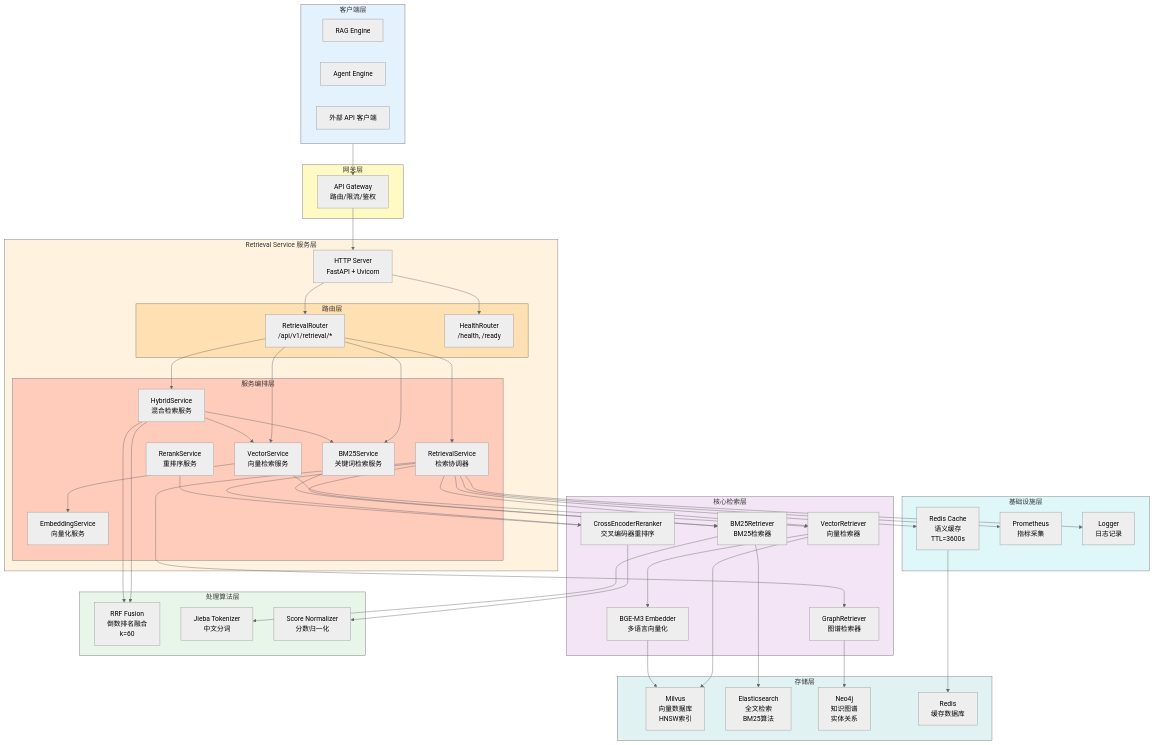
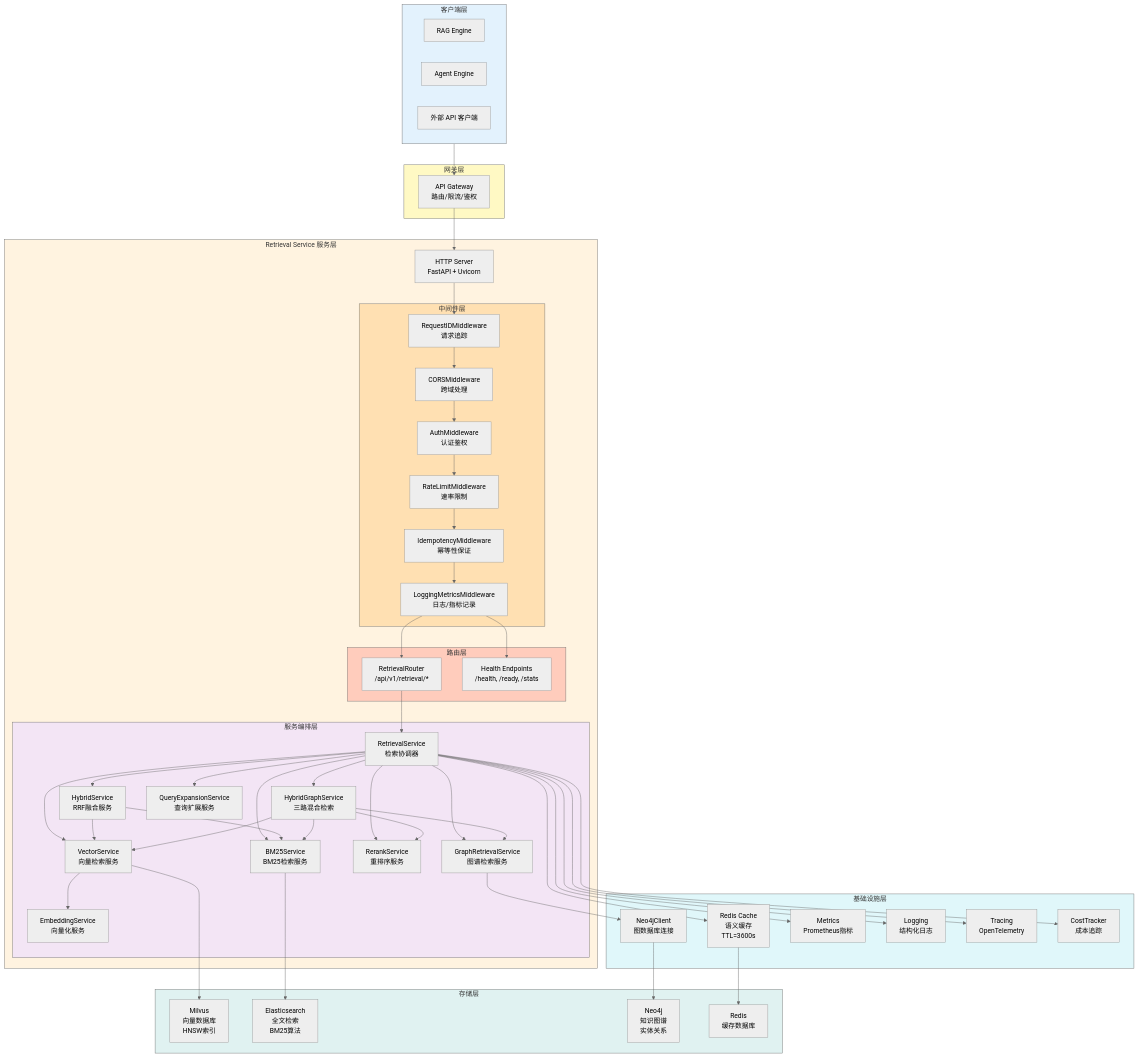
The first of 9 diagrams in docs/VoiceHelper-13-Retrieval-Service.md (haoyunlt/VoiceAssistant), drawn with Mermaid (neutral theme) before and after one commit. The commit also changed other lines of this file and 162 other files, not shown here.

````diff
--- a/docs/VoiceHelper-13-Retrieval-Service.md
+++ b/docs/VoiceHelper-13-Retrieval-Service.md
@@ -67,39 +67,40 @@
     subgraph RetrievalSvc["Retrieval Service 服务层"]
         HTTPServer["HTTP Server<br/>FastAPI + Uvicorn"]
 
+        subgraph Middleware["中间件层"]
+            RequestID["RequestIDMiddleware<br/>请求追踪"]
+            CORS["CORSMiddleware<br/>跨域处理"]
+            Auth["AuthMiddleware<br/>认证鉴权"]
+            RateLimit["RateLimitMiddleware<br/>速率限制"]
+            Idempotency["IdempotencyMiddleware<br/>幂等性保证"]
+            LogMetrics["LoggingMetricsMiddleware<br/>日志/指标记录"]
+        end
+
         subgraph Routers["路由层"]
             RetrievalRouter["RetrievalRouter<br/>/api/v1/retrieval/*"]
-            HealthRouter["HealthRouter<br/>/health, /ready"]
+            HealthRouter["Health Endpoints<br/>/health, /ready, /stats"]
         end
 
         subgraph Services["服务编排层"]
             RetrievalService["RetrievalService<br/>检索协调器"]
             VectorService["VectorService<br/>向量检索服务"]
-            BM25Service["BM25Service<br/>关键词检索服务"]
-            HybridService["HybridService<br/>混合检索服务"]
+            BM25Service["BM25Service<br/>BM25检索服务"]
+            HybridService["HybridService<br/>RRF融合服务"]
             RerankService["RerankService<br/>重排序服务"]
             EmbeddingService["EmbeddingService<br/>向量化服务"]
+            GraphService["GraphRetrievalService<br/>图谱检索服务"]
+            HybridGraphService["HybridGraphService<br/>三路混合检索"]
+            QueryExpansion["QueryExpansionService<br/>查询扩展服务"]
         end
     end
 
-    subgraph Core["核心检索层"]
-        VectorRetriever["VectorRetriever<br/>向量检索器"]
-        BM25Retriever["BM25Retriever<br/>BM25检索器"]
-        GraphRetriever["GraphRetriever<br/>图谱检索器"]
-        CrossEncoderReranker["CrossEncoderReranker<br/>交叉编码器重排序"]
-        BGE_M3_Embedder["BGE-M3 Embedder<br/>多语言向量化"]
-    end
-
-    subgraph Processing["处理算法层"]
-        RRFFusion["RRF Fusion<br/>倒数排名融合<br/>k=60"]
-        Tokenizer["Jieba Tokenizer<br/>中文分词"]
-        ScoreNormalizer["Score Normalizer<br/>分数归一化"]
-    end
-
     subgraph Infrastructure["基础设施层"]
+        Neo4jClient["Neo4jClient<br/>图数据库连接"]
         RedisCache["Redis Cache<br/>语义缓存<br/>TTL=3600s"]
-        Prometheus["Prometheus<br/>指标采集"]
-        Logger["Logger<br/>日志记录"]
+        Metrics["Metrics<br/>Prometheus指标"]
+        Logging["Logging<br/>结构化日志"]
+        Tracing["Tracing<br/>OpenTelemetry"]
+        CostTracker["CostTracker<br/>成本追踪"]
     end
 
     subgraph Storage["存储层"]
@@ -113,55 +114,58 @@
     Clients --> APIGateway
     APIGateway --> HTTPServer
 
-    %% HTTP层到路由层
-    HTTPServer --> RetrievalRouter
-    HTTPServer --> HealthRouter
+    %% HTTP层到中间件
+    HTTPServer --> RequestID
+    RequestID --> CORS
+    CORS --> Auth
+    Auth --> RateLimit
+    RateLimit --> Idempotency
+    Idempotency --> LogMetrics
 
-    %% 路由层到服务层
+    %% 中间件到路由层
+    LogMetrics --> RetrievalRouter
+    LogMetrics --> HealthRouter
+
+    %% 路由层到服务编排层
     RetrievalRouter --> RetrievalService
-    RetrievalRouter --> VectorService
-    RetrievalRouter --> BM25Service
-    RetrievalRouter --> HybridService
 
-    %% 服务层到核心层
-    RetrievalService --> VectorRetriever
-    RetrievalService --> BM25Retriever
-    RetrievalService --> GraphRetriever
-    RetrievalService --> CrossEncoderReranker
+    %% 服务编排层内部协作
+    RetrievalService --> VectorService
+    RetrievalService --> BM25Service
+    RetrievalService --> HybridService
+    RetrievalService --> RerankService
+    RetrievalService --> GraphService
+    RetrievalService --> HybridGraphService
+    RetrievalService --> QueryExpansion
 
-    VectorService --> VectorRetriever
     VectorService --> EmbeddingService
-    BM25Service --> BM25Retriever
     HybridService --> VectorService
     HybridService --> BM25Service
-    HybridService --> RRFFusion
-    RerankService --> CrossEncoderReranker
+    HybridGraphService --> VectorService
+    HybridGraphService --> BM25Service
+    HybridGraphService --> GraphService
+    HybridGraphService --> RerankService
 
-    %% 核心层到算法层
-    VectorRetriever --> BGE_M3_Embedder
-    BM25Retriever --> Tokenizer
-    HybridService --> RRFFusion
-    CrossEncoderReranker --> ScoreNormalizer
+    %% 服务层到基础设施
+    RetrievalService --> RedisCache
+    RetrievalService --> Metrics
+    RetrievalService --> Logging
+    RetrievalService --> Tracing
+    RetrievalService --> CostTracker
+    GraphService --> Neo4jClient
 
-    %% 核心层到基础设施
-    RetrievalService --> RedisCache
-    RetrievalService --> Prometheus
-    RetrievalService --> Logger
-
-    %% 核心层到存储层
-    VectorRetriever --> Milvus
-    BM25Retriever --> Elasticsearch
-    GraphRetriever --> Neo4j
+    %% 基础设施到存储层
+    VectorService --> Milvus
+    BM25Service --> Elasticsearch
+    Neo4jClient --> Neo4j
     RedisCache --> RedisDB
-    BGE_M3_Embedder --> Milvus
 
     style Clients fill:#e3f2fd
     style Gateway fill:#fff9c4
     style RetrievalSvc fill:#fff3e0
-    style Routers fill:#ffe0b2
-    style Services fill:#ffccbc
-    style Core fill:#f3e5f5
-    style Processing fill:#e8f5e9
+    style Middleware fill:#ffe0b2
+    style Routers fill:#ffccbc
+    style Services fill:#f3e5f5
     style Infrastructure fill:#e0f7fa
     style Storage fill:#e0f2f1
 ```
````
